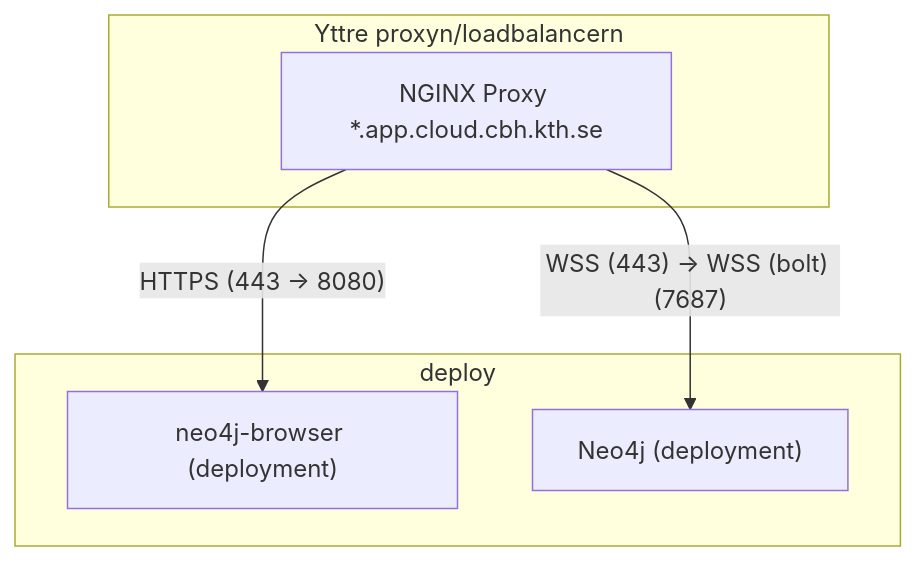
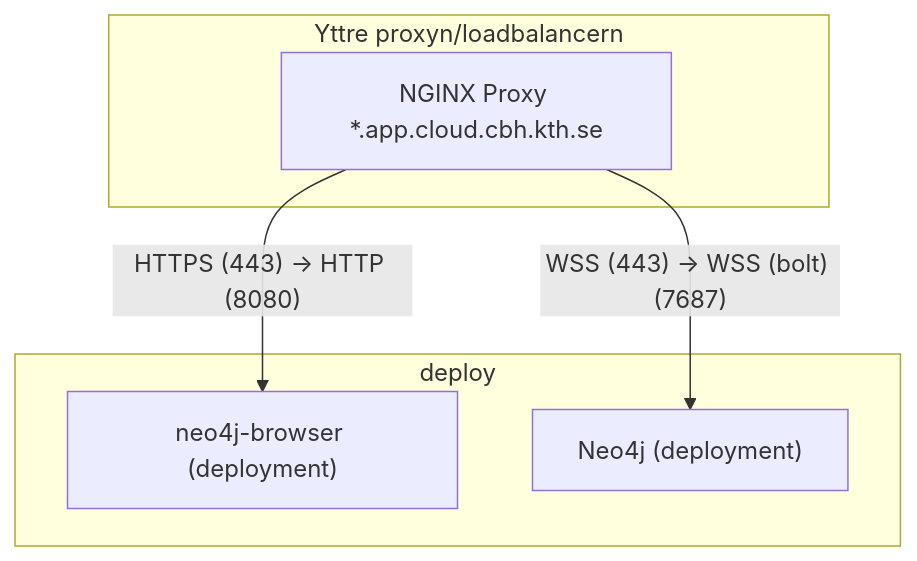
The diagram in README.md (Phillezi/neo4j-kthcloud), drawn with Mermaid before and after one commit.

````diff
--- a/README.md
+++ b/README.md
@@ -7,15 +7,15 @@
 ```mermaid
 graph TB
     subgraph "Yttre proxyn/loadbalancern"
         NGINX_Proxy["NGINX Proxy *.app.cloud.cbh.kth.se"]
     end
 
     subgraph "deploy"
         NGINX_Internal["neo4j-browser (deployment)"]
         Neo4j["Neo4j (deployment)"]
     end
 
     NGINX_Proxy -- "WSS (443) → WSS (bolt) (7687)" --> Neo4j
 
-    NGINX_Proxy -- "HTTPS (443 → 8080)" --> NGINX_Internal
+    NGINX_Proxy -- "HTTPS (443) → HTTP (8080)" --> NGINX_Internal
 ```
````
